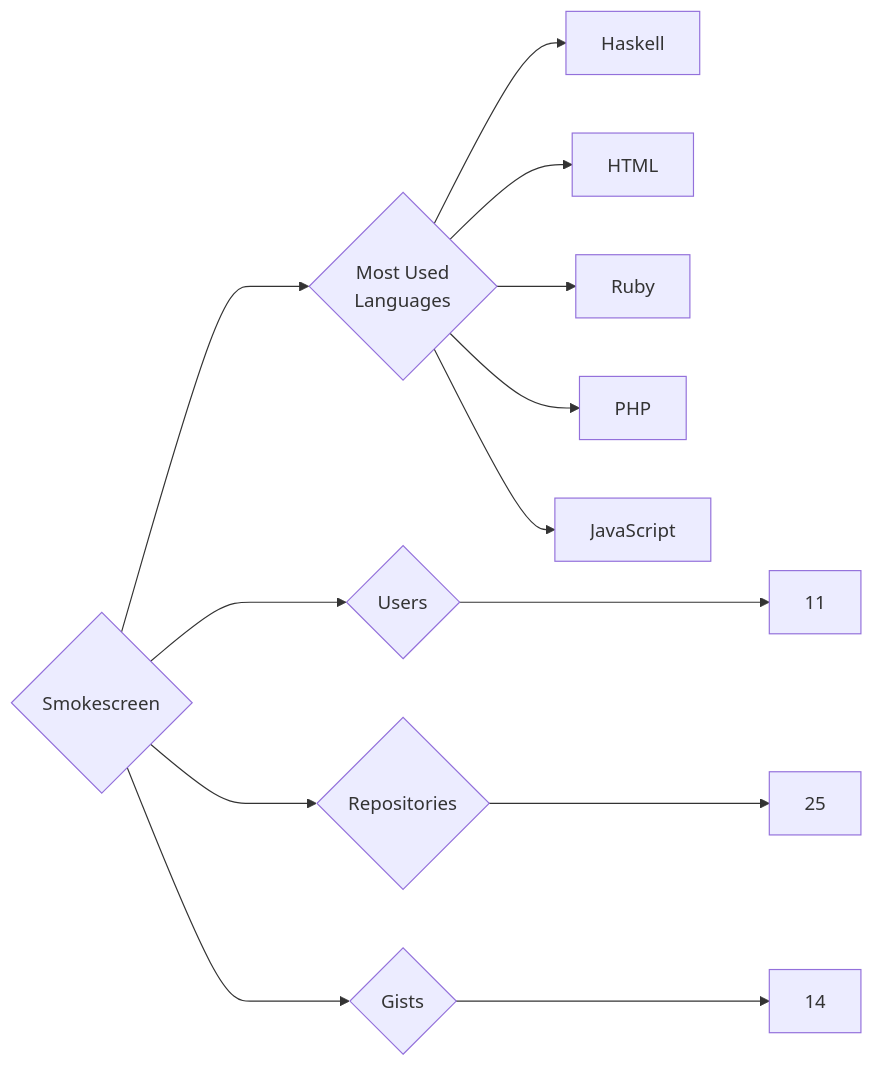
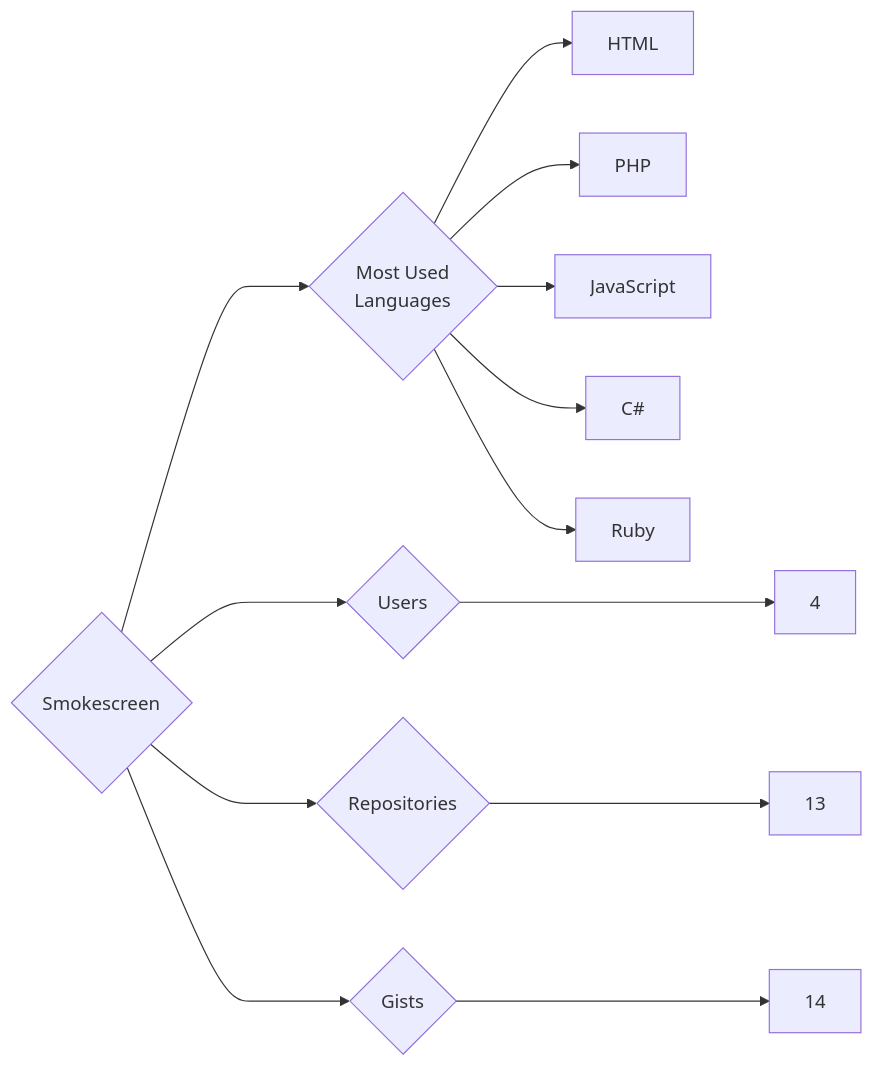
The diagram in targets/Smokescreen/README.md (trickest/insiders), drawn with Mermaid before and after one commit. The commit also changed 814 other files, not shown here.

````diff
--- a/targets/Smokescreen/README.md
+++ b/targets/Smokescreen/README.md
@@ -3,13 +3,13 @@
 ```mermaid
 graph LR
 COMPANY_NAME{Smokescreen}
-COMPANY_NAME ---> U{Users} ---> UN[11]
-COMPANY_NAME ---> R{Repositories} ---> RN[25]
+COMPANY_NAME ---> U{Users} ---> UN[4]
+COMPANY_NAME ---> R{Repositories} ---> RN[13]
 COMPANY_NAME ---> G{Gists} ---> GN[14]
 COMPANY_NAME ---> ML{Most Used<br>Languages}
-ML --> Haskell[Haskell]
 ML --> HTML[HTML]
-ML --> Ruby[Ruby]
 ML --> PHP[PHP]
 ML --> JavaScript[JavaScript]
+ML --> C#[C#]
+ML --> Ruby[Ruby]
 ```
````
